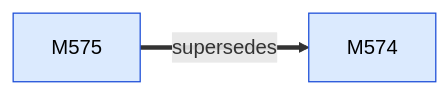
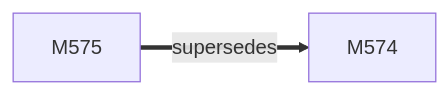
The first of 2 diagrams in docs/facts/graphs/d3d.md (D-Ogi/amdgpu-wddm), drawn with Mermaid before and after one commit. The commit also changed other lines of this file and 9 other files, not shown here.

First line of the commit message:
docs/facts: plain graph nodes, no status colouring

````diff
--- a/docs/facts/graphs/d3d.md
+++ b/docs/facts/graphs/d3d.md
@@ -9,11 +9,7 @@
 ```mermaid
 flowchart LR
-  M574["M574"]:::MEASURED
-  M575["M575"]:::MEASURED
+  M574["M574"]
+  M575["M575"]
   M575 ==>|supersedes| M574
-  classDef HYPOTHESIS fill:#fff3c4,stroke:#9a7b00,color:#000
-  classDef MEASURED fill:#dbeafe,stroke:#1d4ed8,color:#000
-  classDef CONFIRMED fill:#d1fae5,stroke:#047857,color:#000
-  classDef REFUTED fill:#fee2e2,stroke:#b91c1c,color:#000
   classDef other stroke-dasharray:4 3
 ```
````
